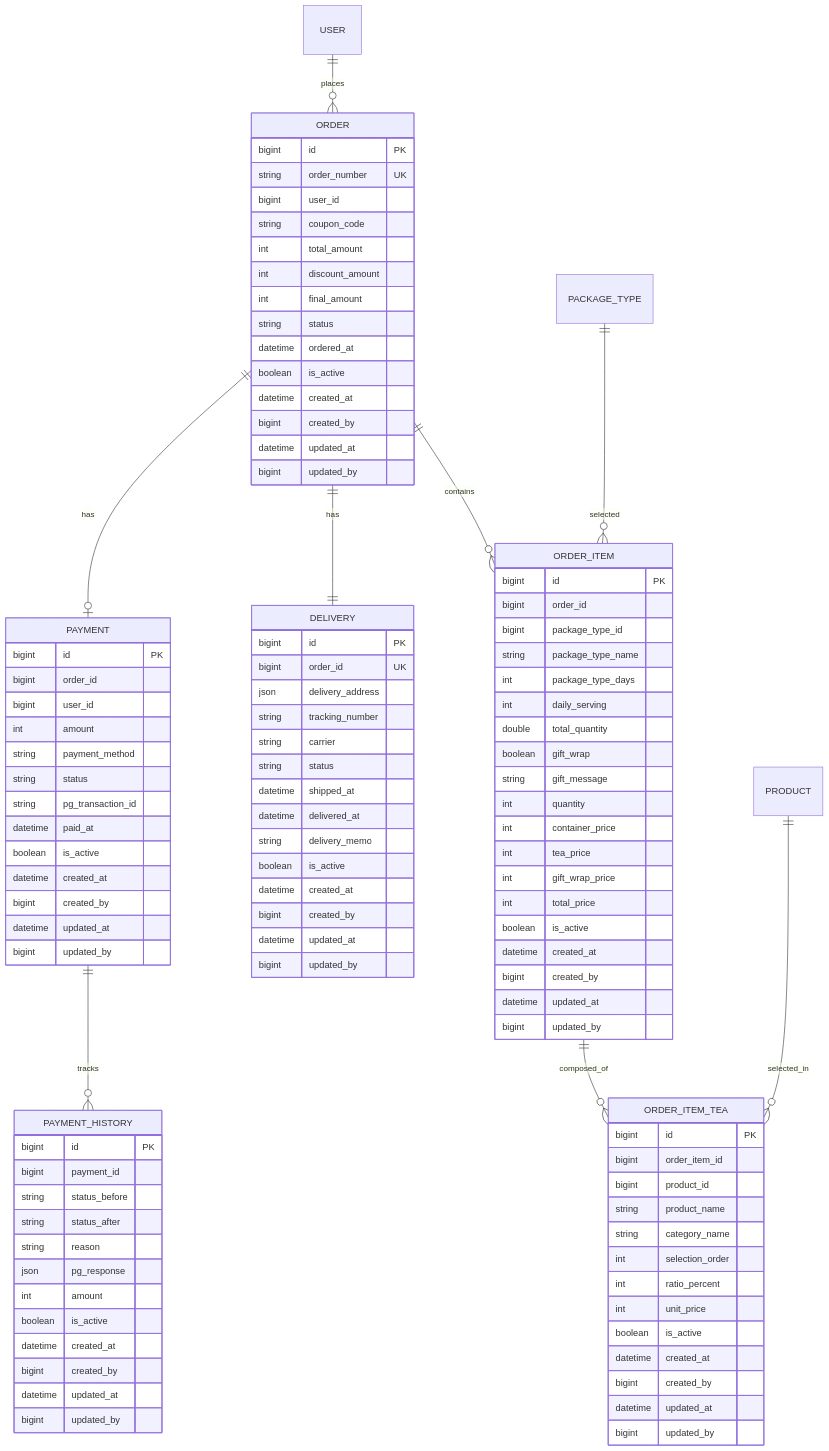
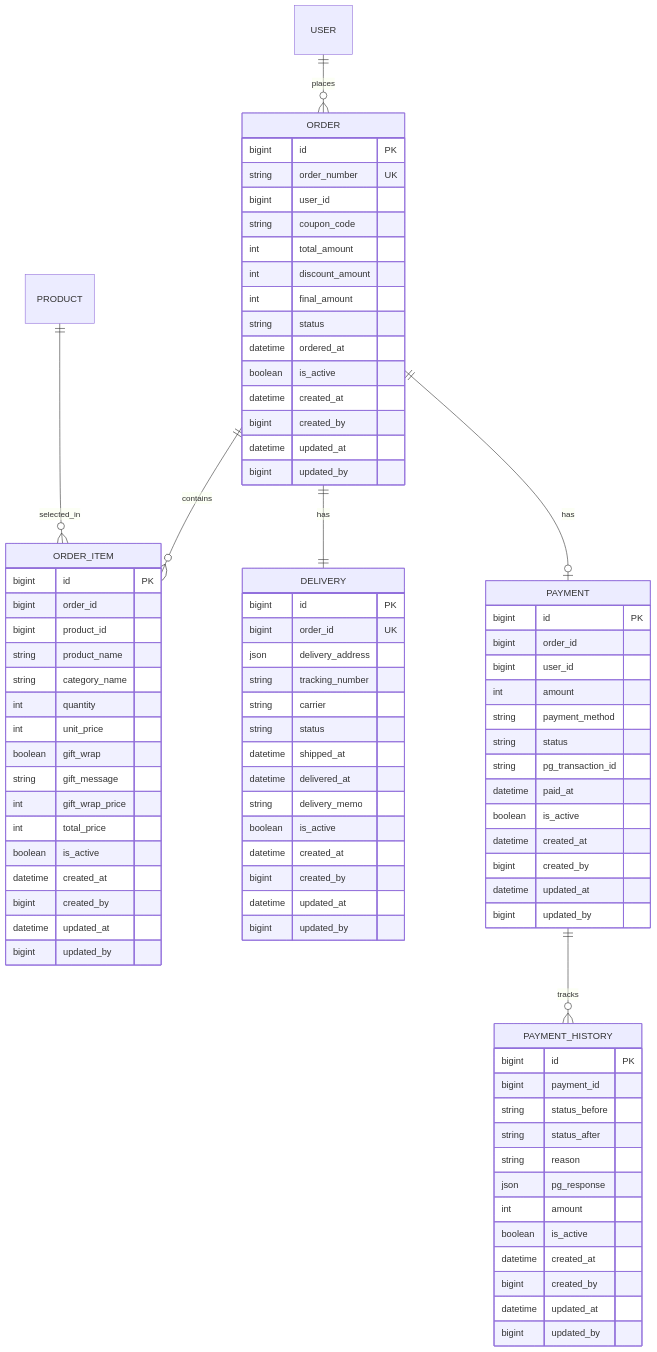
Before and after one commit to jay05410/hanghae10-for-study: the sixth of 8 diagrams in ecommerce/docs/api/data-models.md, drawn with Mermaid. The commit also changed other lines of this file and 8 other files, not shown here.

```diff
--- a/ecommerce/docs/api/data-models.md
+++ b/ecommerce/docs/api/data-models.md
@@ -647,12 +560,10 @@
 erDiagram
     USER ||--o{ ORDER : "places"
     ORDER ||--o{ ORDER_ITEM : "contains"
-    ORDER_ITEM ||--o{ ORDER_ITEM_TEA : "composed_of"
     ORDER ||--|| DELIVERY : "has"
     ORDER ||--o| PAYMENT : "has"
     PAYMENT ||--o{ PAYMENT_HISTORY : "tracks"
-    PRODUCT ||--o{ ORDER_ITEM_TEA : "selected_in"
-    PACKAGE_TYPE ||--o{ ORDER_ITEM : "selected"
+    PRODUCT ||--o{ ORDER_ITEM : "selected_in"
 
     ORDER {
         bigint id PK
@@ -674,34 +585,15 @@
     ORDER_ITEM {
         bigint id PK
         bigint order_id
-        bigint package_type_id
-        string package_type_name
-        int package_type_days
-        int daily_serving
-        double total_quantity
-        boolean gift_wrap
-        string gift_message
-        int quantity
-        int container_price
-        int tea_price
-        int gift_wrap_price
-        int total_price
-        boolean is_active
-        datetime created_at
-        bigint created_by
-        datetime updated_at
-        bigint updated_by
-    }
-
-    ORDER_ITEM_TEA {
-        bigint id PK
-        bigint order_item_id
         bigint product_id
         string product_name
         string category_name
-        int selection_order
-        int ratio_percent
+        int quantity
         int unit_price
+        boolean gift_wrap
+        string gift_message
+        int gift_wrap_price
+        int total_price
         boolean is_active
         datetime created_at
         bigint created_by
```
